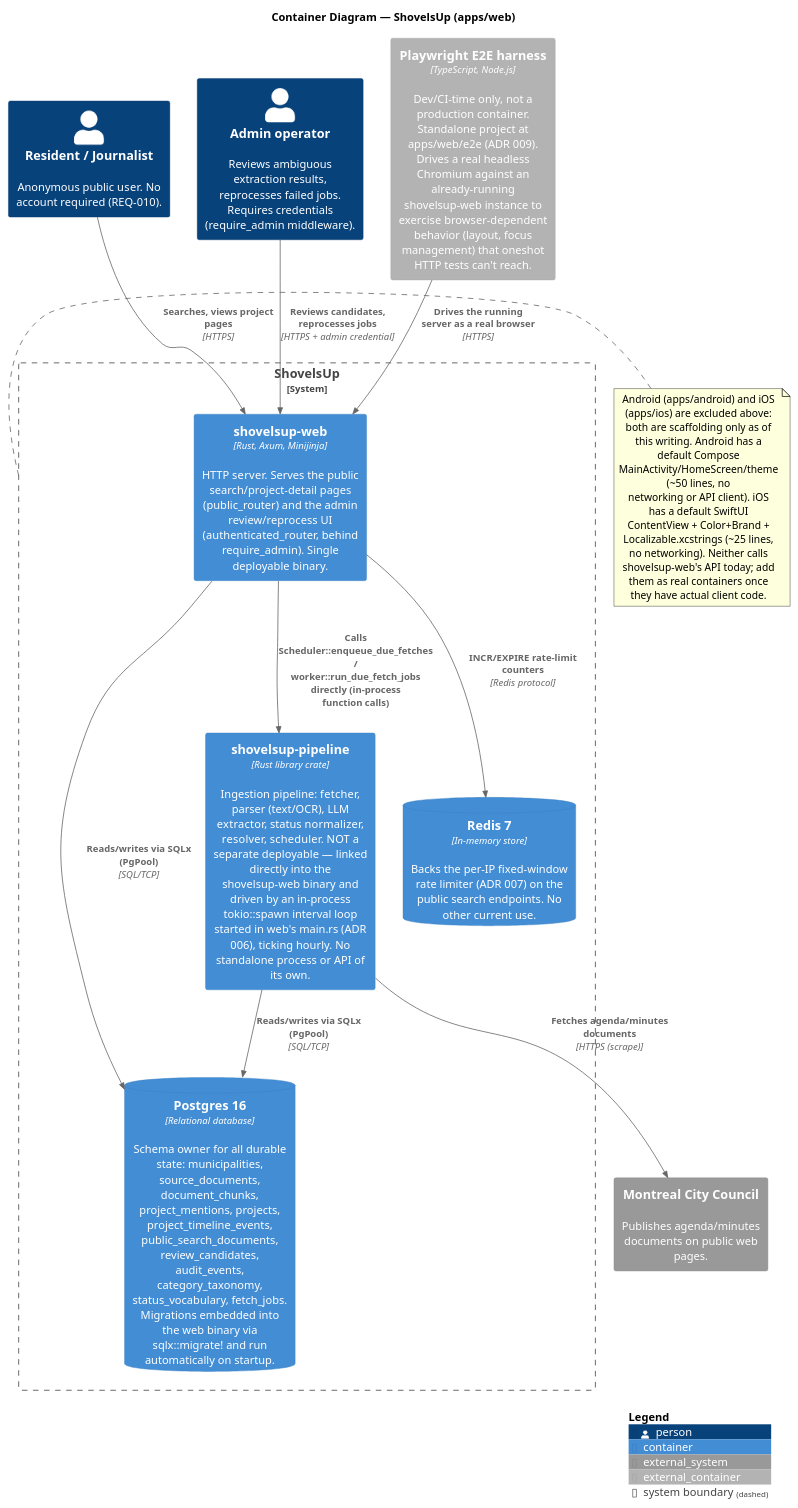
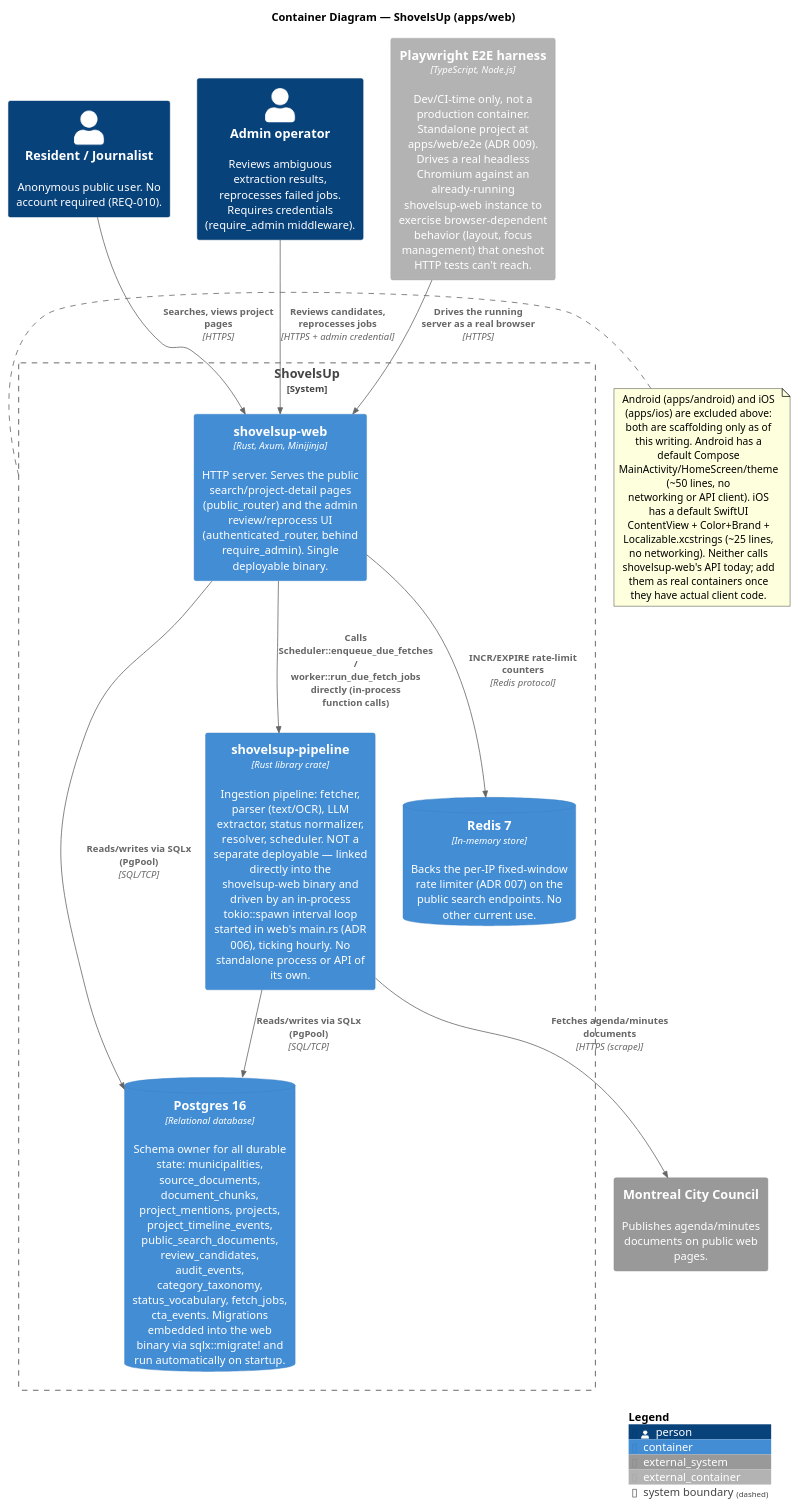
The diagram in docs/architecture/c4-container.puml (landovskis/ShovelsUp), drawn with PlantUML before and after one commit. The commit also changed 10 other files, not shown here.

First line of the commit message:
feat(web): non-modal upsell CTA on project detail page (REQ-014)

```diff
--- a/docs/architecture/c4-container.puml
+++ b/docs/architecture/c4-container.puml
@@ -1,42 +1,42 @@
 @startuml c4-container
 !include https://raw.githubusercontent.com/plantuml-stdlib/C4-PlantUML/master/C4_Container.puml
 
 title Container Diagram — ShovelsUp (apps/web)
 
 Person(resident, "Resident / Journalist", "Anonymous public user. No account required (REQ-010).")
 Person(operator, "Admin operator", "Reviews ambiguous extraction results, reprocesses failed jobs. Requires credentials (require_admin middleware).")
 System_Ext(council, "Montreal City Council", "Publishes agenda/minutes documents on public web pages.")
 
 System_Boundary(shovelsup, "ShovelsUp") {
     Container(web, "shovelsup-web", "Rust, Axum, Minijinja", "HTTP server. Serves the public search/project-detail pages (public_router) and the admin review/reprocess UI (authenticated_router, behind require_admin). Single deployable binary.")
 
     Container(pipeline, "shovelsup-pipeline", "Rust library crate", "Ingestion pipeline: fetcher, parser (text/OCR), LLM extractor, status normalizer, resolver, scheduler. NOT a separate deployable — linked directly into the shovelsup-web binary and driven by an in-process tokio::spawn interval loop started in web's main.rs (ADR 006), ticking hourly. No standalone process or API of its own.")
 
-    ContainerDb(postgres, "Postgres 16", "Relational database", "Schema owner for all durable state: municipalities, source_documents, document_chunks, project_mentions, projects, project_timeline_events, public_search_documents, review_candidates, audit_events, category_taxonomy, status_vocabulary, fetch_jobs. Migrations embedded into the web binary via sqlx::migrate! and run automatically on startup.")
+    ContainerDb(postgres, "Postgres 16", "Relational database", "Schema owner for all durable state: municipalities, source_documents, document_chunks, project_mentions, projects, project_timeline_events, public_search_documents, review_candidates, audit_events, category_taxonomy, status_vocabulary, fetch_jobs, cta_events. Migrations embedded into the web binary via sqlx::migrate! and run automatically on startup.")
 
     ContainerDb(redis, "Redis 7", "In-memory store", "Backs the per-IP fixed-window rate limiter (ADR 007) on the public search endpoints. No other current use.")
 }
 
 Container_Ext(e2e, "Playwright E2E harness", "TypeScript, Node.js", "Dev/CI-time only, not a production container. Standalone project at apps/web/e2e (ADR 009). Drives a real headless Chromium against an already-running shovelsup-web instance to exercise browser-dependent behavior (layout, focus management) that oneshot HTTP tests can't reach.")
 
 Rel(resident, web, "Searches, views project pages", "HTTPS")
 Rel(operator, web, "Reviews candidates, reprocesses jobs", "HTTPS + admin credential")
 Rel(pipeline, council, "Fetches agenda/minutes documents", "HTTPS (scrape)")
 Rel(web, pipeline, "Calls Scheduler::enqueue_due_fetches / worker::run_due_fetch_jobs directly (in-process function calls)")
 Rel(web, postgres, "Reads/writes via SQLx (PgPool)", "SQL/TCP")
 Rel(pipeline, postgres, "Reads/writes via SQLx (PgPool)", "SQL/TCP")
 Rel(web, redis, "INCR/EXPIRE rate-limit counters", "Redis protocol")
 Rel(e2e, web, "Drives the running server as a real browser", "HTTPS")
 
 note right of shovelsup
   Android (apps/android) and iOS (apps/ios) are excluded above:
   both are scaffolding only as of this writing. Android has a
   default Compose MainActivity/HomeScreen/theme (~50 lines, no
   networking or API client). iOS has a default SwiftUI
   ContentView + Color+Brand + Localizable.xcstrings (~25 lines,
   no networking). Neither calls shovelsup-web's API today; add
   them as real containers once they have actual client code.
 end note
 
 SHOW_LEGEND()
 @enduml
```
